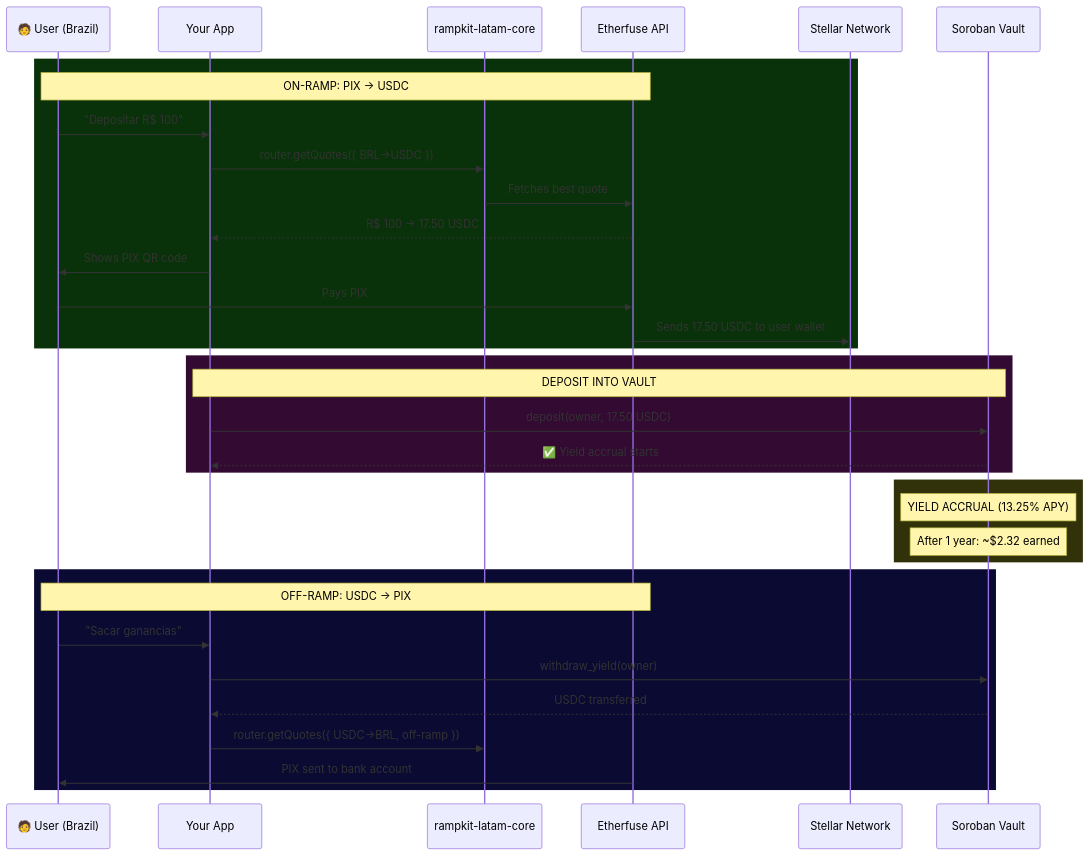
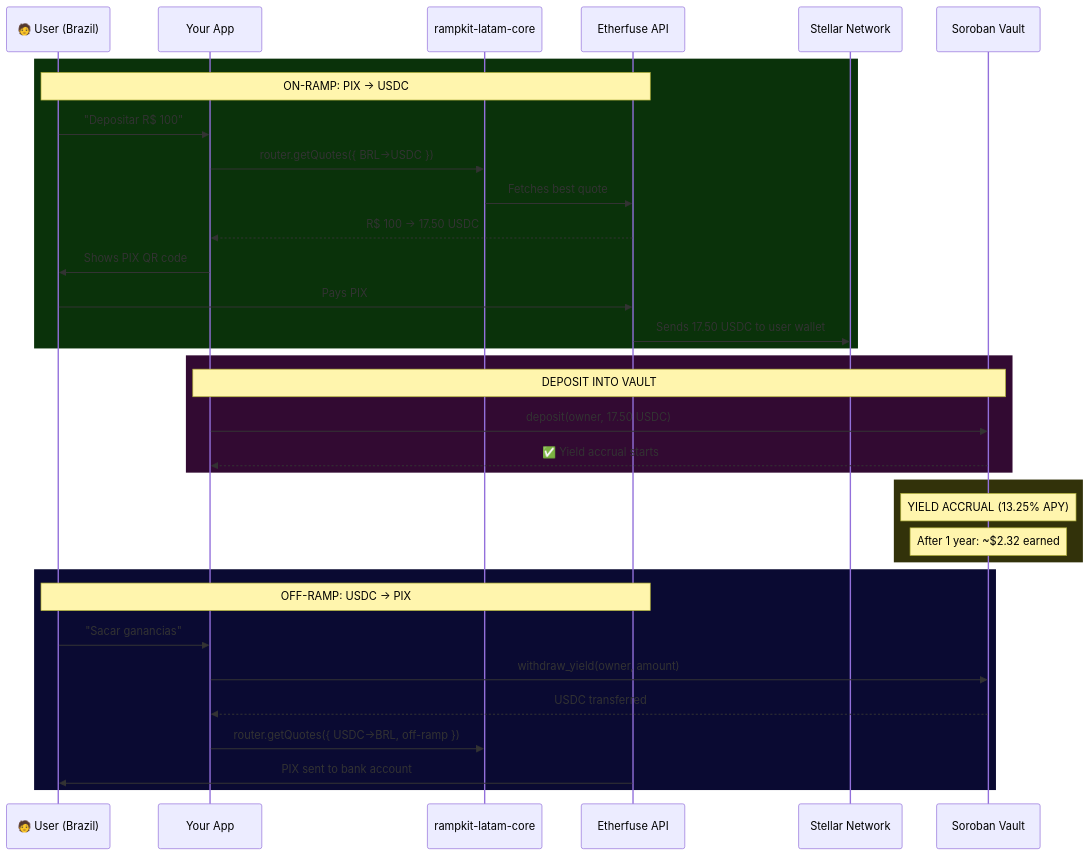
The diagram in README.md (WritzProtocol/rampkit-latam), drawn with Mermaid before and after one commit. The commit also changed other lines of this file, not shown here.

First line of the commit message:
docs: correct README claims that overstated vault yield and ramp settlement

````diff
--- a/README.md
+++ b/README.md
@@ -142,40 +144,40 @@
 ```mermaid
 sequenceDiagram
     participant U as 🧑 User (Brazil)
     participant APP as Your App
     participant SDK as rampkit-latam-core
     participant EF as Etherfuse API
     participant SN as Stellar Network
     participant SC as Soroban Vault
 
     rect rgb(10, 50, 10)
     Note over U, EF: ON-RAMP: PIX → USDC
     U->>APP: "Depositar R$ 100"
     APP->>SDK: router.getQuotes({ BRL→USDC })
     SDK->>EF: Fetches best quote
     EF-->>APP: R$ 100 → 17.50 USDC
     APP->>U: Shows PIX QR code
     U->>EF: Pays PIX
     EF->>SN: Sends 17.50 USDC to user wallet
     end
 
     rect rgb(50, 10, 50)
     Note over APP, SC: DEPOSIT INTO VAULT
     APP->>SC: deposit(owner, 17.50 USDC)
     SC-->>APP: ✅ Yield accrual starts
     end
 
     rect rgb(50, 50, 10)
     Note over SC, SC: YIELD ACCRUAL (13.25% APY)
     Note over SC: After 1 year: ~$2.32 earned
     end
 
     rect rgb(10, 10, 50)
     Note over U, EF: OFF-RAMP: USDC → PIX
     U->>APP: "Sacar ganancias"
-    APP->>SC: withdraw_yield(owner)
+    APP->>SC: withdraw_yield(owner, amount)
     SC-->>APP: USDC transferred
     APP->>SDK: router.getQuotes({ USDC→BRL, off-ramp })
     EF->>U: PIX sent to bank account
     end
 ```
````
